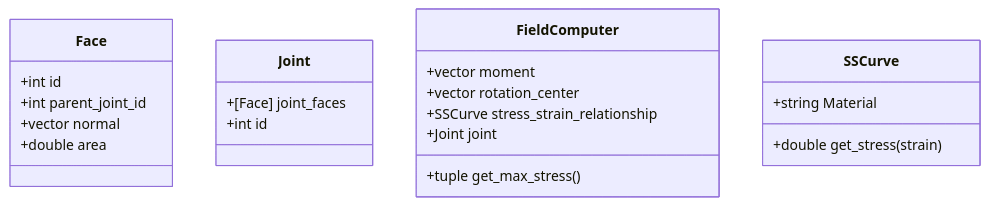
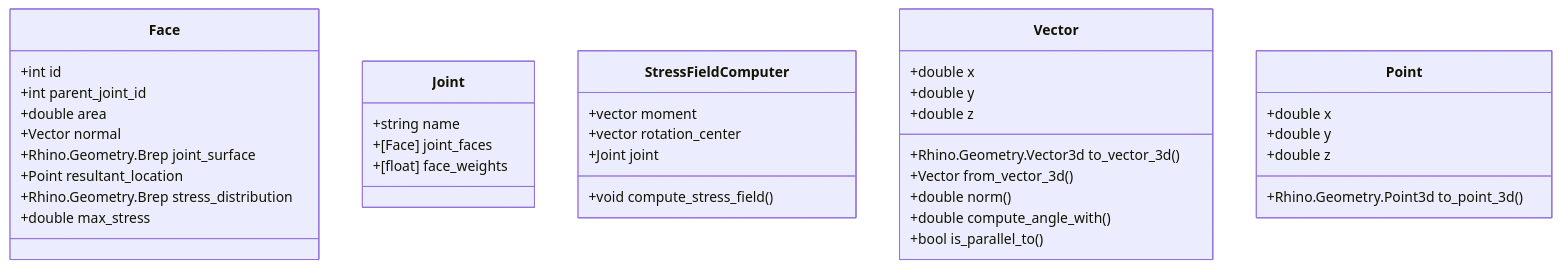
Before and after one commit to ibois-epfl/rw-joint-calculator: the diagram in README.md, drawn with Mermaid. The commit also changed other lines of this file, not shown here.

Commit message:
feat: update class diagram and illustration

````diff
--- a/README.md
+++ b/README.md
@@ -23,28 +22,45 @@
 ```mermaid
 classDiagram
 class Face{
     +int id
     +int parent_joint_id
-    +vector normal
     +double area
+    +Vector normal
+    +Rhino.Geometry.Brep joint_surface
+    +Point resultant_location
+    +Rhino.Geometry.Brep stress_distribution
+    +double max_stress
 }
 
 class Joint{
+    +string name
     +[Face] joint_faces
-    +int id
+    +[float] face_weights
 }
 
-class FieldComputer{
+class StressFieldComputer{
     +vector moment
     +vector rotation_center
-    +SSCurve stress_strain_relationship
-    +tuple get_max_stress()
     +Joint joint
+    +void compute_stress_field()
 }
 
-class SSCurve{
-    +string Material
-    +double get_stress(strain)
+class Vector{
+    +double x
+    +double y
+    +double z
+    +Rhino.Geometry.Vector3d to_vector_3d()
+    +Vector from_vector_3d()
+    +double norm()
+    +double compute_angle_with()
+    +bool is_parallel_to()
+}
+
+class Point{
+    +double x
+    +double y
+    +double z
+    +Rhino.Geometry.Point3d to_point_3d()
 }
 
 ```
````
